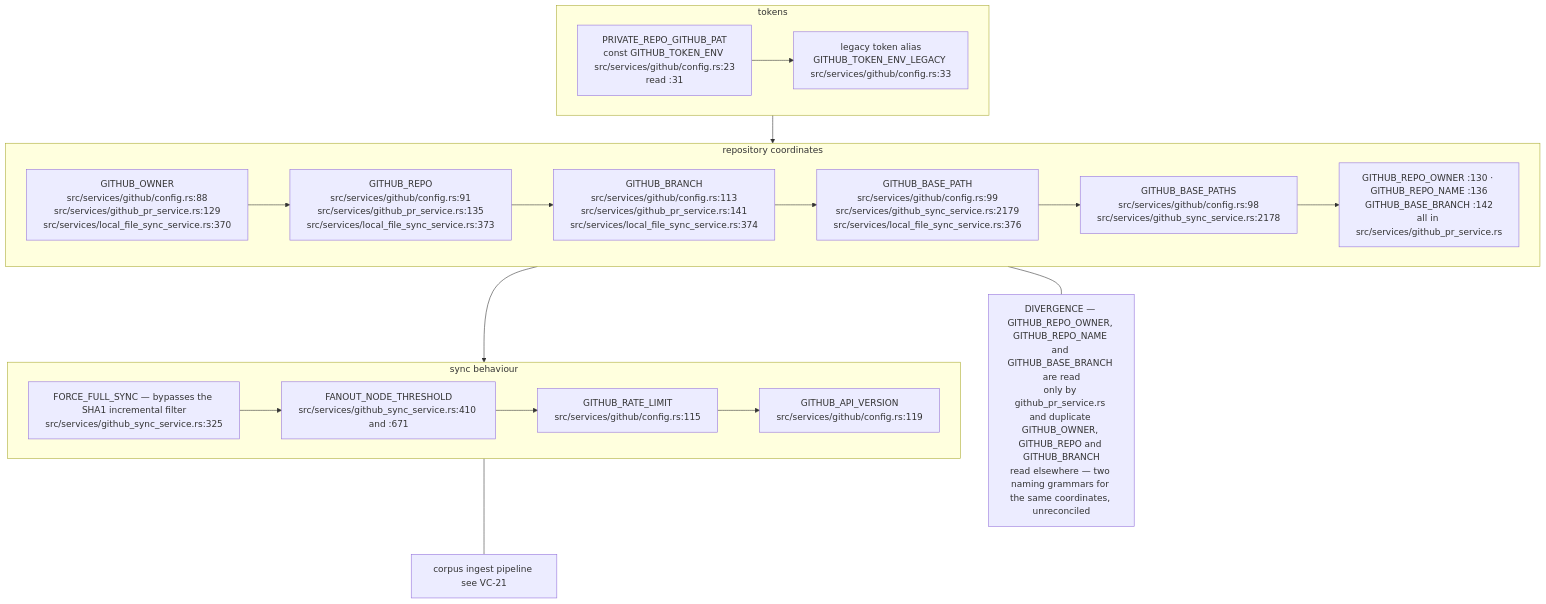
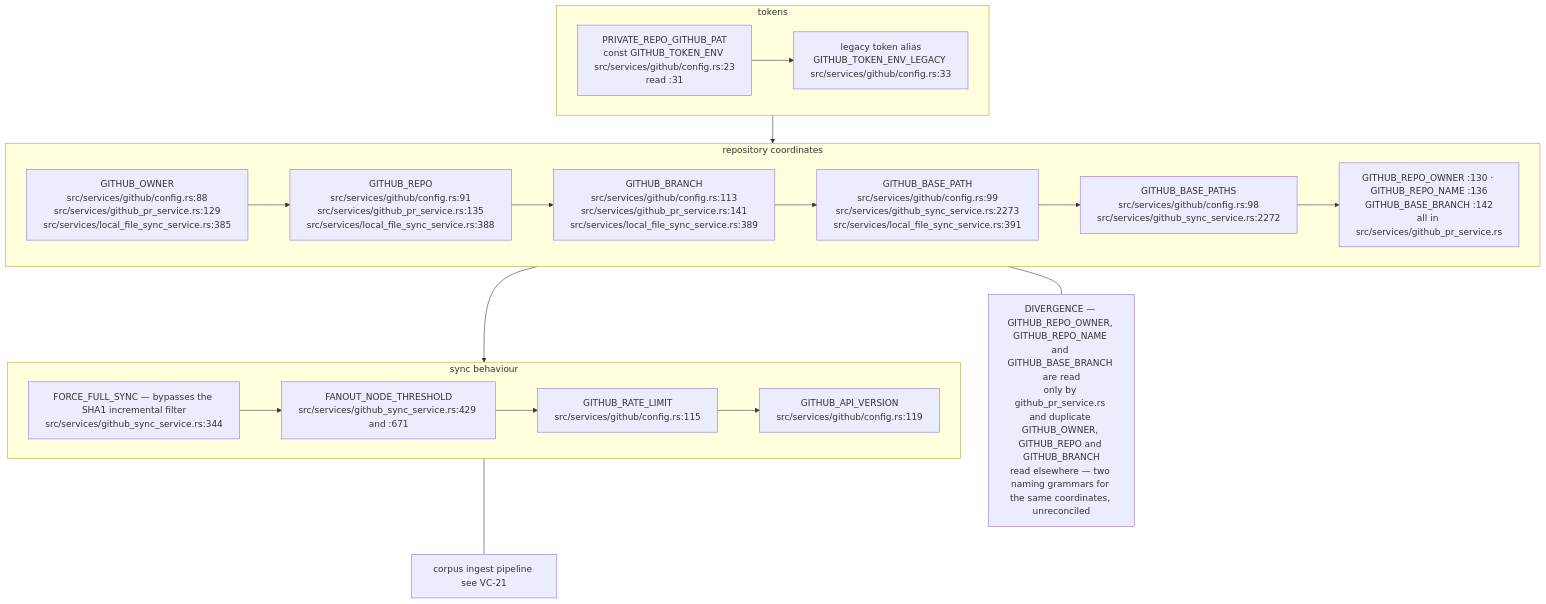
Before and after one commit to DreamLab-AI/AR-AI-Knowledge-Graph: diagram 11 of 15 in docs/diagrams/visionclaw/09-config-and-env-flags.md, drawn with Mermaid. The commit also changed other lines of this file and 73 other files, not shown here.

First line of the commit message:
docs(diagrams): re-verify all 71 topic files against HEAD; add --cite-check

````diff
--- a/docs/diagrams/visionclaw/09-config-and-env-flags.md
+++ b/docs/diagrams/visionclaw/09-config-and-env-flags.md
@@ -440,17 +440,17 @@
 ```mermaid
 flowchart TB
     subgraph TOK["tokens"]
         T1["PRIVATE_REPO_GITHUB_PAT<br/>const GITHUB_TOKEN_ENV src/services/github/config.rs:23<br/>read :31"] --> T2["legacy token alias<br/>GITHUB_TOKEN_ENV_LEGACY src/services/github/config.rs:33"]
     end
     subgraph LOC["repository coordinates"]
-        L1["GITHUB_OWNER<br/>src/services/github/config.rs:88<br/>src/services/github_pr_service.rs:129<br/>src/services/local_file_sync_service.rs:370"] --> L2["GITHUB_REPO<br/>src/services/github/config.rs:91<br/>src/services/github_pr_service.rs:135<br/>src/services/local_file_sync_service.rs:373"] --> L3["GITHUB_BRANCH<br/>src/services/github/config.rs:113<br/>src/services/github_pr_service.rs:141<br/>src/services/local_file_sync_service.rs:374"] --> L4["GITHUB_BASE_PATH<br/>src/services/github/config.rs:99<br/>src/services/github_sync_service.rs:2179<br/>src/services/local_file_sync_service.rs:376"] --> L5["GITHUB_BASE_PATHS<br/>src/services/github/config.rs:98<br/>src/services/github_sync_service.rs:2178"] --> L6["GITHUB_REPO_OWNER :130 · GITHUB_REPO_NAME :136<br/>GITHUB_BASE_BRANCH :142<br/>all in src/services/github_pr_service.rs"]
+        L1["GITHUB_OWNER<br/>src/services/github/config.rs:88<br/>src/services/github_pr_service.rs:129<br/>src/services/local_file_sync_service.rs:385"] --> L2["GITHUB_REPO<br/>src/services/github/config.rs:91<br/>src/services/github_pr_service.rs:135<br/>src/services/local_file_sync_service.rs:388"] --> L3["GITHUB_BRANCH<br/>src/services/github/config.rs:113<br/>src/services/github_pr_service.rs:141<br/>src/services/local_file_sync_service.rs:389"] --> L4["GITHUB_BASE_PATH<br/>src/services/github/config.rs:99<br/>src/services/github_sync_service.rs:2273<br/>src/services/local_file_sync_service.rs:391"] --> L5["GITHUB_BASE_PATHS<br/>src/services/github/config.rs:98<br/>src/services/github_sync_service.rs:2272"] --> L6["GITHUB_REPO_OWNER :130 · GITHUB_REPO_NAME :136<br/>GITHUB_BASE_BRANCH :142<br/>all in src/services/github_pr_service.rs"]
     end
     subgraph BEHAV["sync behaviour"]
-        B1["FORCE_FULL_SYNC — bypasses the SHA1 incremental filter<br/>src/services/github_sync_service.rs:325"] --> B2["FANOUT_NODE_THRESHOLD<br/>src/services/github_sync_service.rs:410 and :671"] --> B3["GITHUB_RATE_LIMIT<br/>src/services/github/config.rs:115"] --> B4["GITHUB_API_VERSION<br/>src/services/github/config.rs:119"]
+        B1["FORCE_FULL_SYNC — bypasses the SHA1 incremental filter<br/>src/services/github_sync_service.rs:344"] --> B2["FANOUT_NODE_THRESHOLD<br/>src/services/github_sync_service.rs:429 and :671"] --> B3["GITHUB_RATE_LIMIT<br/>src/services/github/config.rs:115"] --> B4["GITHUB_API_VERSION<br/>src/services/github/config.rs:119"]
     end
     TOK --> LOC --> BEHAV
     N4["DIVERGENCE — GITHUB_REPO_OWNER, GITHUB_REPO_NAME and GITHUB_BASE_BRANCH are read<br/>only by github_pr_service.rs and duplicate GITHUB_OWNER, GITHUB_REPO and GITHUB_BRANCH<br/>read elsewhere — two naming grammars for the same coordinates, unreconciled"]
     LOC --- N4
     N5["corpus ingest pipeline see VC-21"]
     BEHAV --- N5
 ```
````
